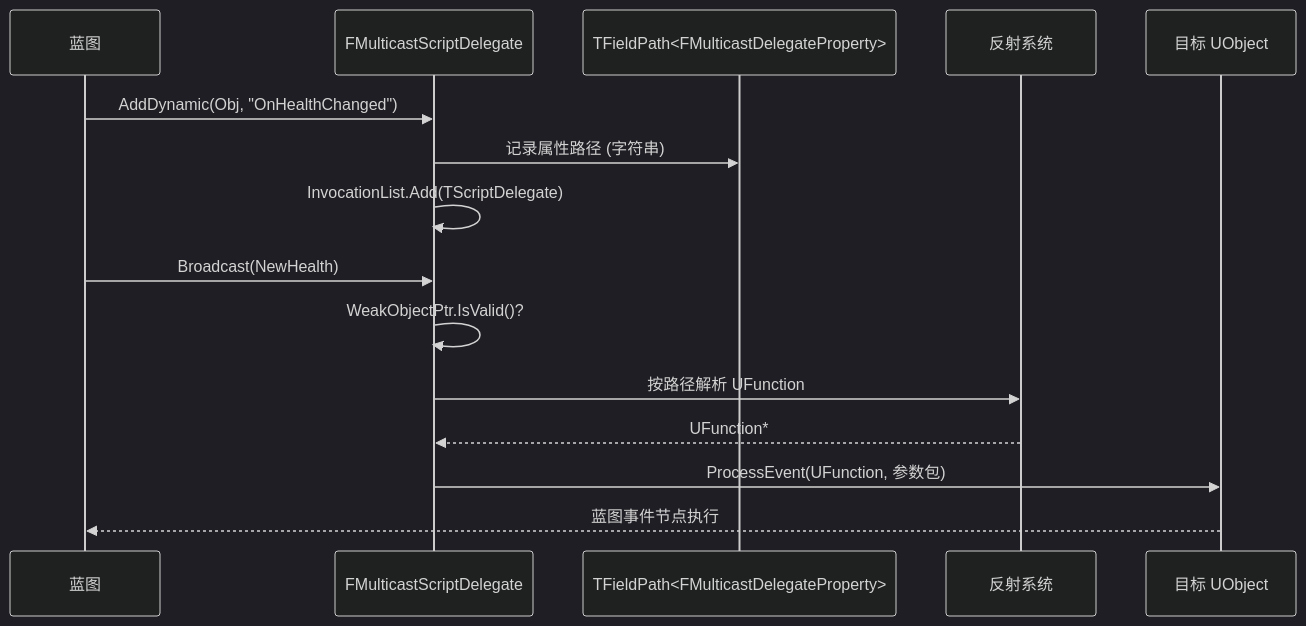
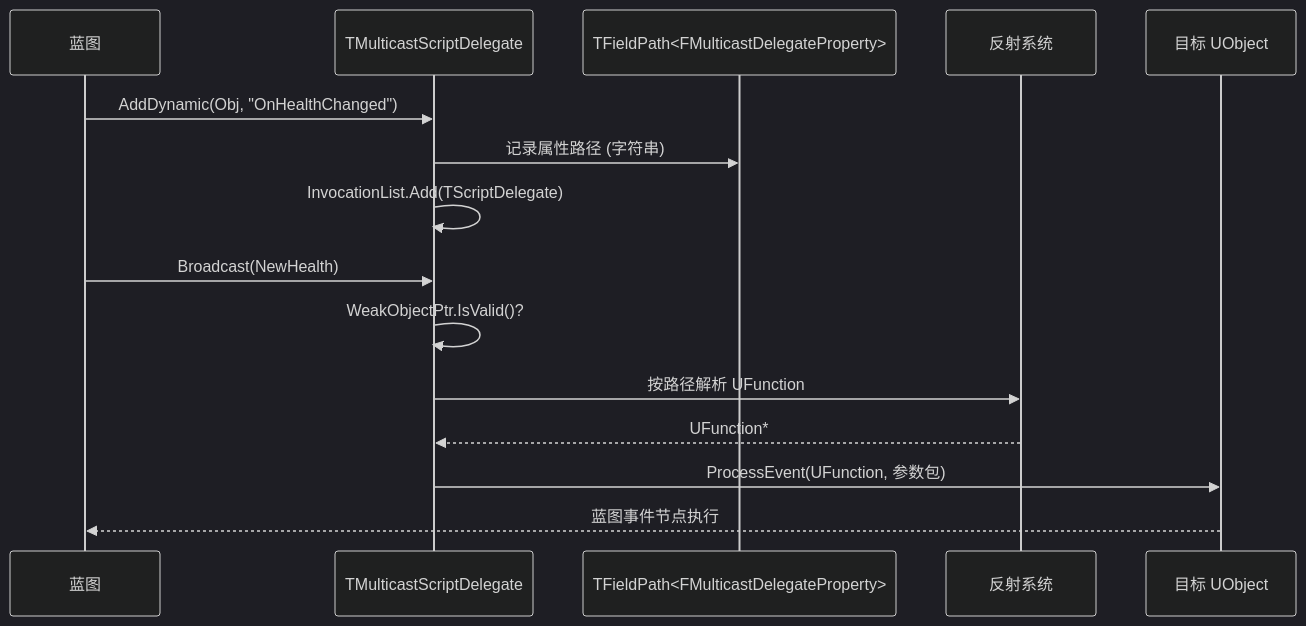
Before and after one commit to fantuan812/learning: the third of 3 diagrams in 游戏知识/12-引擎源码分析/06-委托与事件系统源码.md, drawn with Mermaid (dark theme). The commit also changed other lines of this file and 17 other files, not shown here.

````diff
--- a/游戏知识/12-引擎源码分析/06-委托与事件系统源码.md
+++ b/游戏知识/12-引擎源码分析/06-委托与事件系统源码.md
@@ -477,19 +466,19 @@
 ```mermaid
 sequenceDiagram
     participant BP as 蓝图
-    participant F as FMulticastScriptDelegate
+    participant F as TMulticastScriptDelegate
     participant EP as TFieldPath<FMulticastDelegateProperty>
     participant RF as 反射系统
     participant O as 目标 UObject
 
     BP->>F: AddDynamic(Obj, "OnHealthChanged")
     F->>EP: 记录属性路径 (字符串)
     F->>F: InvocationList.Add(TScriptDelegate)
 
     BP->>F: Broadcast(NewHealth)
     F->>F: WeakObjectPtr.IsValid()?
     F->>RF: 按路径解析 UFunction
     RF-->>F: UFunction*
     F->>O: ProcessEvent(UFunction, 参数包)
     O-->>BP: 蓝图事件节点执行
 ```
````
